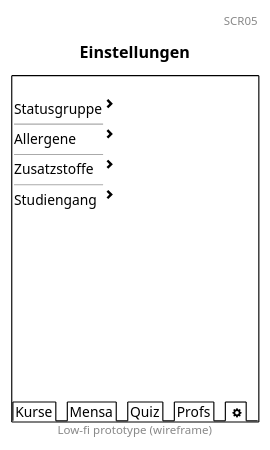
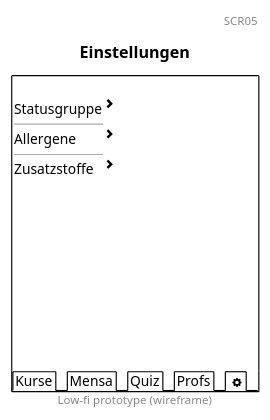
Before and after one commit to RobinNunkesser/plantuml: the diagram in scr5.pu, drawn with PlantUML. The commit also changed 10 other files, not shown here.

```diff
--- a/scr5.pu
+++ b/scr5.pu
@@ -1,28 +1,26 @@
 @startsalt
 title Einstellungen
 header SCR05
 footer Low-fi prototype (wireframe)
 {+
 {
     .
     Statusgruppe | <&chevron-right>
     ----
     Allergene | <&chevron-right>
     ----
     Zusatzstoffe | <&chevron-right>
-    ----
-    Studiengang | <&chevron-right>
     .
     .
     .
     .
     .
     .
     .
     .
     .      
 }
 {/ Kurse | Mensa | Quiz | Profs | <b> <&cog> }
 }
 
 @endsalt
```
